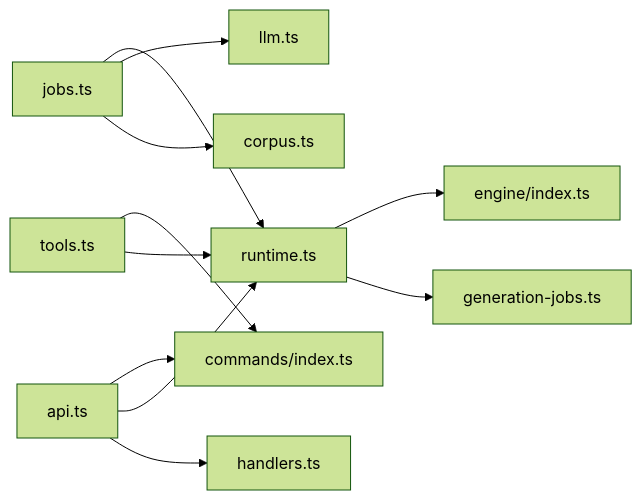
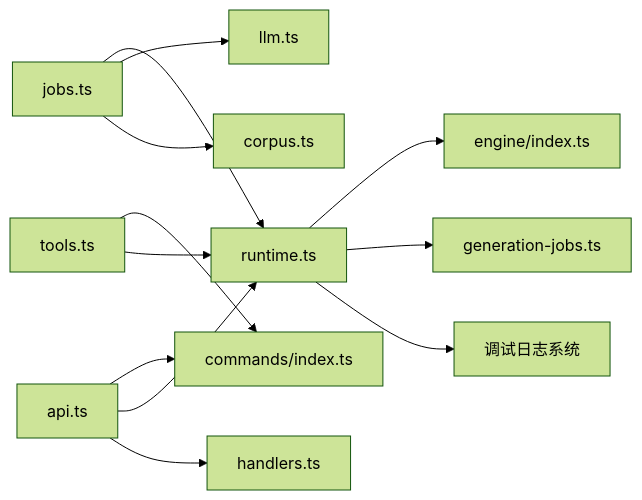
One commit to maozhijie/learnhub-plugin changed the sixth of 6 diagrams in .qoder/repowiki/zh/content/架构设计/宿主集成/运行时管理.md. Above: the diagram before and after it, drawn with Mermaid (forest theme). The commit also changed other lines of this file and 43 other files, not shown here.

````diff
--- a/.qoder/repowiki/zh/content/架构设计/宿主集成/运行时管理.md
+++ b/.qoder/repowiki/zh/content/架构设计/宿主集成/运行时管理.md
@@ -273,13 +294,14 @@
 ```mermaid
 graph LR
 RT["runtime.ts"] --> ENG["engine/index.ts"]
 RT --> GJ["generation-jobs.ts"]
 JOBS["jobs.ts"] --> RT
 JOBS --> LLM["llm.ts"]
 JOBS --> CORPUS["corpus.ts"]
 API["api.ts"] --> CMD["commands/index.ts"]
 API --> RT
 API --> HAND["handlers.ts"]
 TOOLS["tools.ts"] --> CMD
 TOOLS --> RT
+RT --> DL["调试日志系统"]
 ```
````
